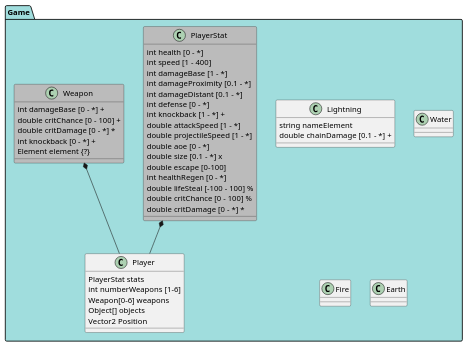
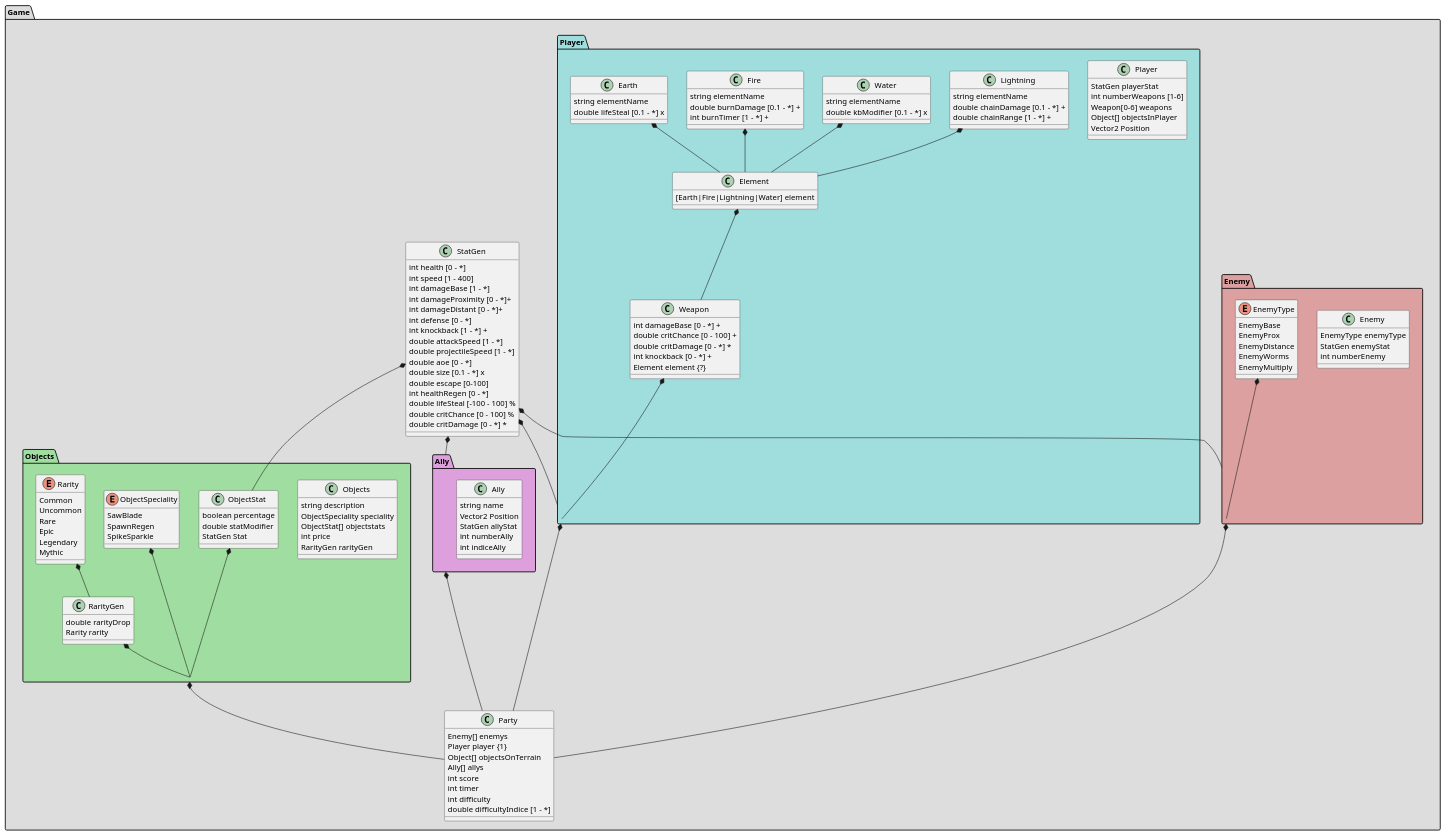
Before and after one commit to RaptorG-sus/GameProjectCsharp: the diagram in umlDiagram/genUml.puml, drawn with PlantUML. The commit also changed 13 other files, not shown here.

```diff
--- a/umlDiagram/genUml.puml
+++ b/umlDiagram/genUml.puml
@@ -1,64 +1,168 @@
 @startuml player
 
-package "Game" #A0DDDD{
+package "Game" #DDDDDD{
 
-    class Player{
-        PlayerStat stats
-        int numberWeapons [1-6]
-        Weapon[0-6] weapons
-        Object[] objects
-        Vector2 Position
+    class Party{
+        Enemy[] enemys
+        Player player {1}
+        Object[] objectsOnTerrain
+        Ally[] allys 
+        int score
+        int timer
+        int difficulty
+        double difficultyIndice [1 - *]
+    }
+    Package "Player" #A0DDDD{
+        class Player{
+            StatGen playerStat
+            int numberWeapons [1-6]
+            Weapon[0-6] weapons
+            Object[] objectsInPlayer
+            Vector2 Position
+        }
+
+        
+
+        class Weapon {
+            int damageBase [0 - *] +
+            double critChance [0 - 100] +
+            double critDamage [0 - *] *
+            int knockback [0 - *] +
+            Element element {?}
+        }
+
+        class Lightning {
+            string elementName
+            double chainDamage [0.1 - *] +
+            double chainRange [1 - *] +
+        }
+
+        class Water{
+            string elementName
+            double kbModifier [0.1 - *] x
+        }
+
+        class Fire{
+            string elementName
+            double burnDamage [0.1 - *] +
+            int burnTimer [1 - *] +
+        }
+
+        class Earth{
+            string elementName
+            double lifeSteal [0.1 - *] x
+        }
+
+        class Element{
+            [Earth|Fire|Lightning|Water] element
+        }
     }
 
-    class PlayerStat #BBBBBB{
-        int health [0 - *]
-        int speed [1 - 400] 
-        int damageBase [1 - *] 
-        int damageProximity [0.1 - *] 
-        int damageDistant [0.1 - *] 
-        int defense [0 - *] 
-        int knockback [1 - *] +
-        double attackSpeed [1 - *] 
-        double projectileSpeed [1 - *] 
-        double aoe [0 - *]
-        double size [0.1 - *] x
-        double escape [0-100]
-        int healthRegen [0 - *]
-        double lifeSteal [-100 - 100] % 
-        double critChance [0 - 100] %
-        double critDamage [0 - *] *
+    package "Enemy" #DDA0A0{
+        class Enemy{
+            EnemyType enemyType
+            StatGen enemyStat
+            int numberEnemy
+        }
+
+        enum EnemyType{
+           EnemyBase
+           EnemyProx
+           EnemyDistance
+           EnemyWorms
+           EnemyMultiply 
+        }
     }
 
-    class Weapon #BBBBBB{
-        int damageBase [0 - *] +
-        double critChance [0 - 100] +
-        double critDamage [0 - *] *
-        int knockback [0 - *] +
-        Element element {?}
+    package "Objects" #A0DDA0{
+        class Objects{
+            string description
+            ObjectSpeciality speciality
+            ObjectStat[] objectstats
+            int price 
+            RarityGen rarityGen
+        }
+
+        enum ObjectSpeciality{
+            SawBlade
+            SpawnRegen
+            SpikeSparkle
+        }
+
+        class ObjectStat{
+            boolean percentage
+            double statModifier
+            StatGen Stat
+        }
+
+        class RarityGen{
+            double rarityDrop
+            Rarity rarity
+        }
+
+        enum Rarity{
+            Common
+            Uncommon
+            Rare
+            Epic
+            Legendary
+            Mythic
+        }
     }
 
-    class Lightning {
-        string nameElement
-        double chainDamage [0.1 - *] +
-        
-    }
+    package "Ally" #DDA0DD{
+        class Ally{
+            string name
+            Vector2 Position
+            StatGen allyStat
+            int numberAlly
+            int indiceAlly
+        }
+    }   
 
-    class Water{
+    class StatGen {
+            int health [0 - *]
+            int speed [1 - 400] 
+            int damageBase [1 - *] 
+            int damageProximity [0 - *]+ 
+            int damageDistant [0 - *]+
+            int defense [0 - *] 
+            int knockback [1 - *] +
+            double attackSpeed [1 - *] 
+            double projectileSpeed [1 - *] 
+            double aoe [0 - *]
+            double size [0.1 - *] x
+            double escape [0-100]
+            int healthRegen [0 - *]
+            double lifeSteal [-100 - 100] % 
+            double critChance [0 - 100] %
+            double critDamage [0 - *] *
+        }
 
-    }
+    Player *-- Party
+    StatGen *-- Player
+    Weapon *-- Player
+    Element *-- Weapon
+    Earth *-- Element
+    Fire *-- Element
+    Water *-- Element
+    Lightning *-- Element
+    
+    Enemy *-- Party
+    EnemyType *-- Enemy
+    StatGen *-- Enemy
 
-    class Fire{
+    Objects *-- Party
+    ObjectStat *-- Objects
+    ObjectSpeciality *-- Objects
+    RarityGen *-- Objects
+    Rarity *-- RarityGen 
+    StatGen *-- ObjectStat
 
-    }
-
-    class Earth{
-
-    }
-
-    PlayerStat *-- Player
-    Weapon *-- Player
+    Ally *-- Party
+    StatGen *-- Ally
 }
 
 
 
 @enduml
```
